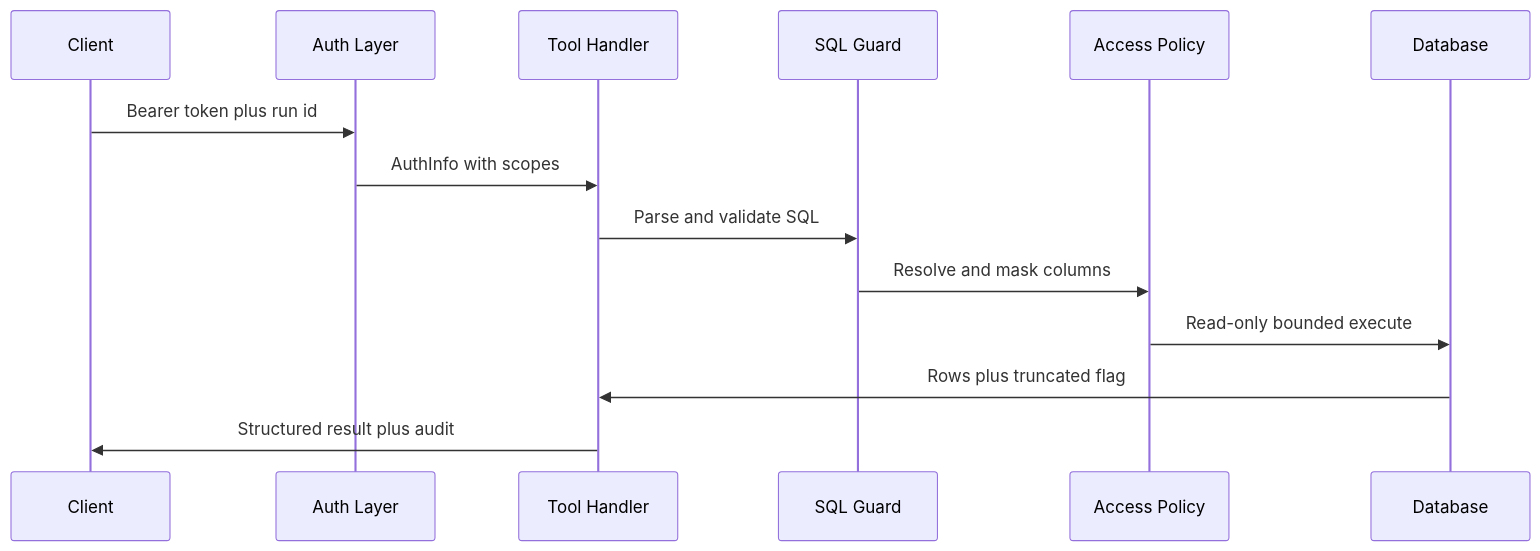
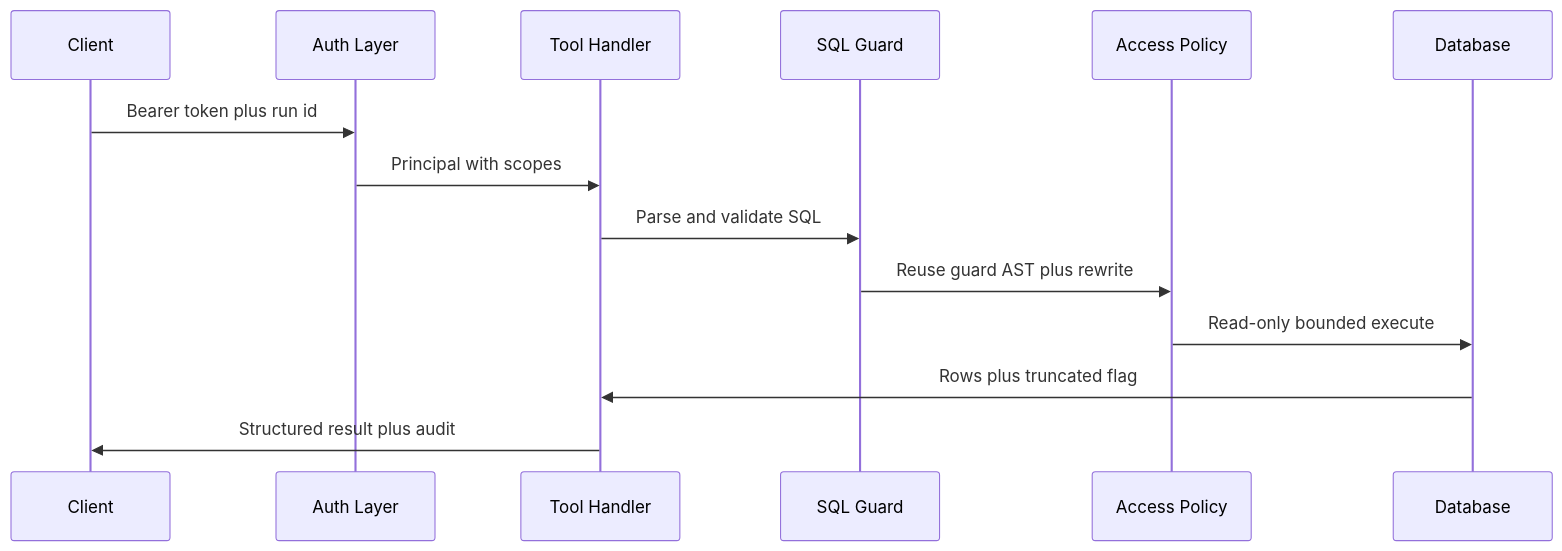
Before and after one commit to NDTruongDanh/SE373-Analytics-Agent: the diagram in openwiki/integrations/mcp-server.md, drawn with Mermaid. The commit also changed other lines of this file and 19 other files, not shown here.

````diff
--- a/openwiki/integrations/mcp-server.md
+++ b/openwiki/integrations/mcp-server.md
@@ -110,16 +105,16 @@
 ```mermaid
 sequenceDiagram
   participant C as Client
   participant A as Auth Layer
   participant T as Tool Handler
   participant G as SQL Guard
   participant P as Access Policy
   participant D as Database
   C->>A: Bearer token plus run id
-  A->>T: AuthInfo with scopes
+  A->>T: Principal with scopes
   T->>G: Parse and validate SQL
-  G->>P: Resolve and mask columns
+  G->>P: Reuse guard AST plus rewrite
   P->>D: Read-only bounded execute
   D->>T: Rows plus truncated flag
   T->>C: Structured result plus audit
 ```
````
